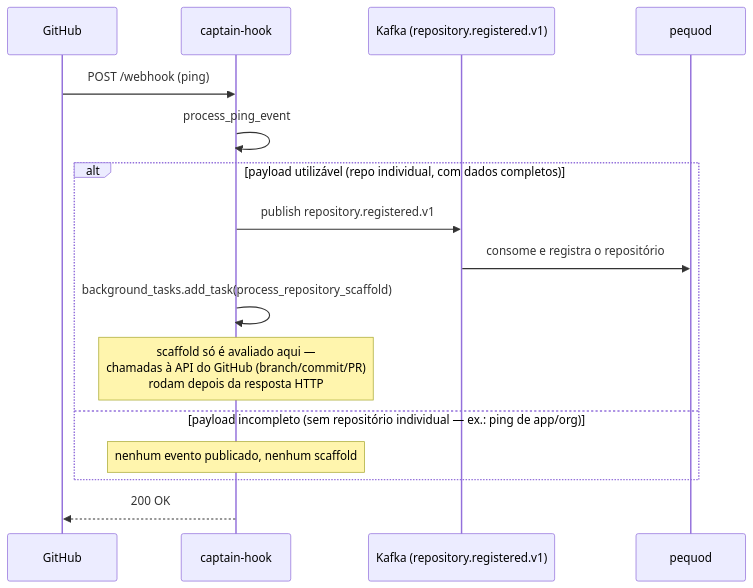
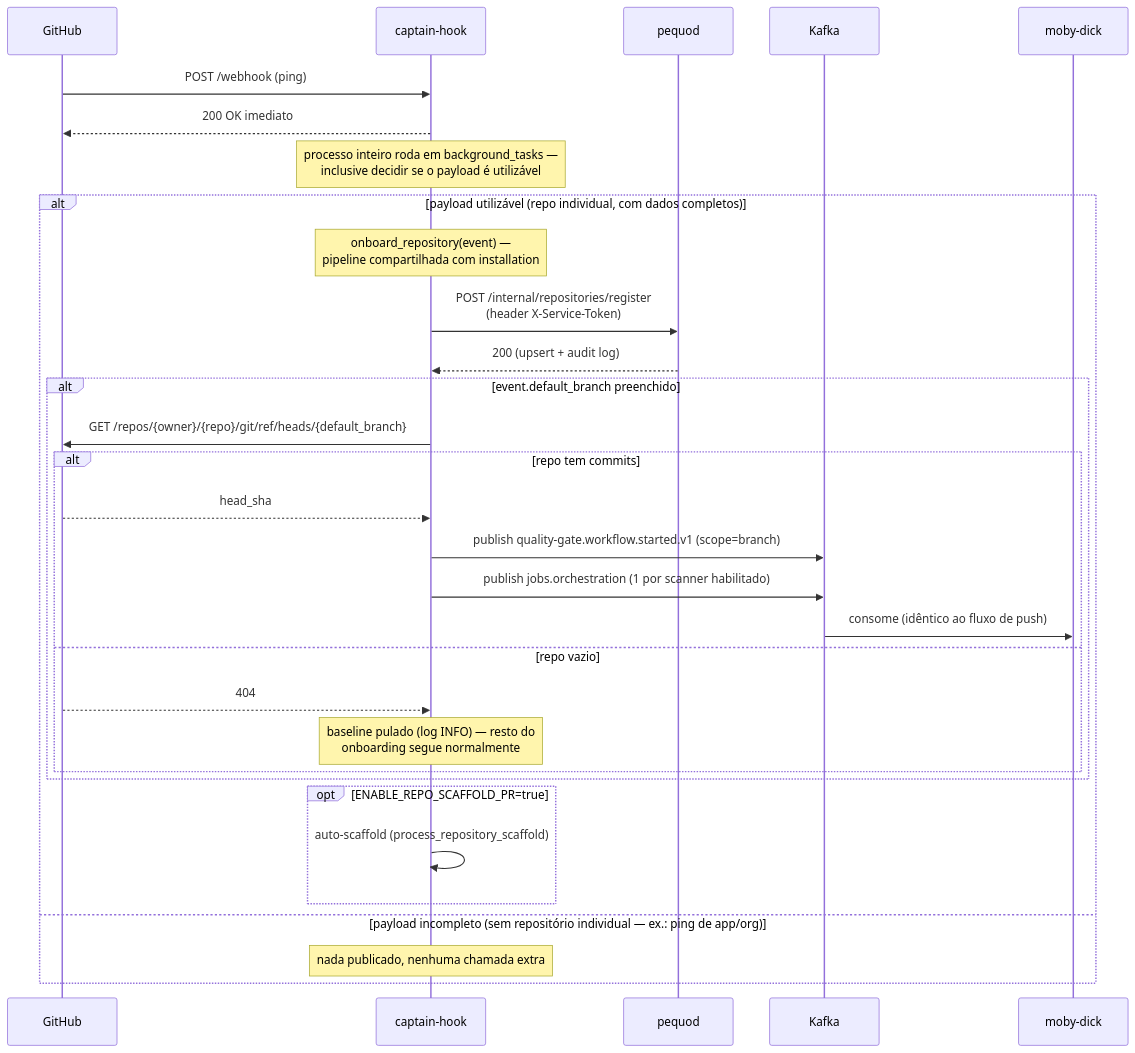
One commit to OdinEye-FIAP/aspm-docs changed the first of 3 diagrams in docs/captain-hook.md. Above: the diagram before and after it, drawn with Mermaid. The commit also changed other lines of this file and 1 other file, not shown here.

````diff
--- a/docs/captain-hook.md
+++ b/docs/captain-hook.md
@@ -48,19 +50,35 @@
 ```mermaid
 sequenceDiagram
     participant GH as GitHub
     participant CH as captain-hook
-    participant K as Kafka (repository.registered.v1)
     participant PQ as pequod
+    participant K as Kafka
+    participant MD as moby-dick
 
     GH->>CH: POST /webhook (ping)
-    CH->>CH: process_ping_event
+    CH-->>GH: 200 OK imediato
+    Note over CH: processo inteiro roda em background_tasks —<br/>inclusive decidir se o payload é utilizável
+
     alt payload utilizável (repo individual, com dados completos)
-        CH->>K: publish repository.registered.v1
-        K->>PQ: consome e registra o repositório
-        CH->>CH: background_tasks.add_task(process_repository_scaffold)
-        Note over CH: scaffold só é avaliado aqui —<br/>chamadas à API do GitHub (branch/commit/PR)<br/>rodam depois da resposta HTTP
+        Note over CH: onboard_repository(event) —<br/>pipeline compartilhada com installation
+        CH->>PQ: POST /internal/repositories/register<br/>(header X-Service-Token)
+        PQ-->>CH: 200 (upsert + audit log)
+        alt event.default_branch preenchido
+            CH->>GH: GET /repos/{owner}/{repo}/git/ref/heads/{default_branch}
+            alt repo tem commits
+                GH-->>CH: head_sha
+                CH->>K: publish quality-gate.workflow.started.v1 (scope=branch)
+                CH->>K: publish jobs.orchestration (1 por scanner habilitado)
+                K->>MD: consome (idêntico ao fluxo de push)
+            else repo vazio
+                GH-->>CH: 404
+                Note over CH: baseline pulado (log INFO) — resto do<br/>onboarding segue normalmente
+            end
+        end
+        opt ENABLE_REPO_SCAFFOLD_PR=true
+            CH->>CH: auto-scaffold (process_repository_scaffold)
+        end
     else payload incompleto (sem repositório individual — ex.: ping de app/org)
-        Note over CH: nenhum evento publicado, nenhum scaffold
+        Note over CH: nada publicado, nenhuma chamada extra
     end
-    CH-->>GH: 200 OK
 ```
````
